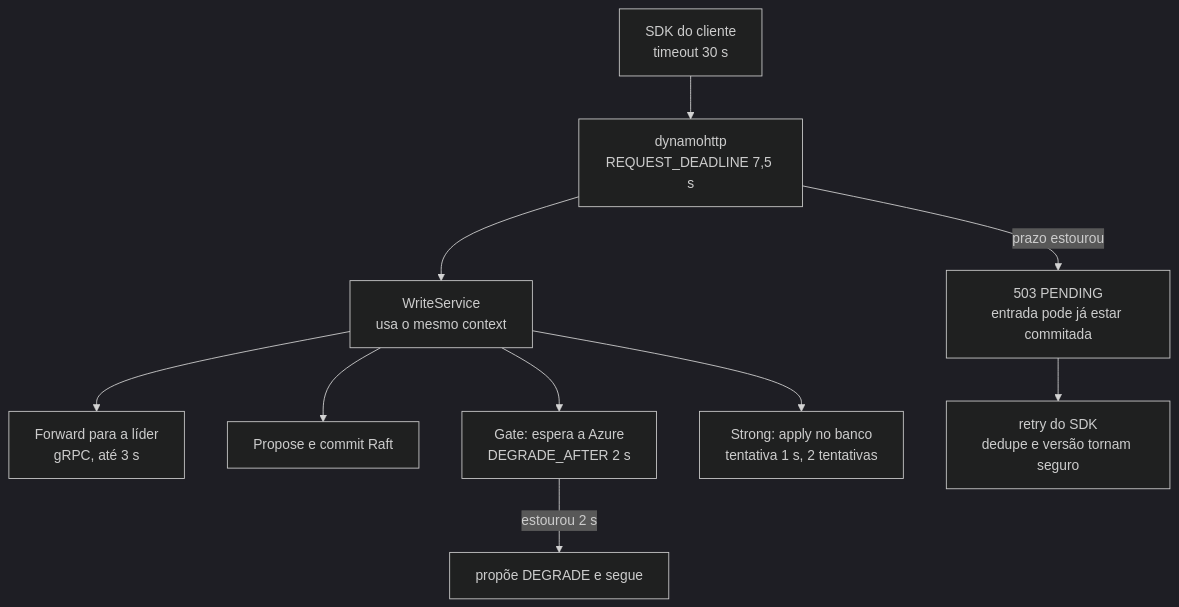
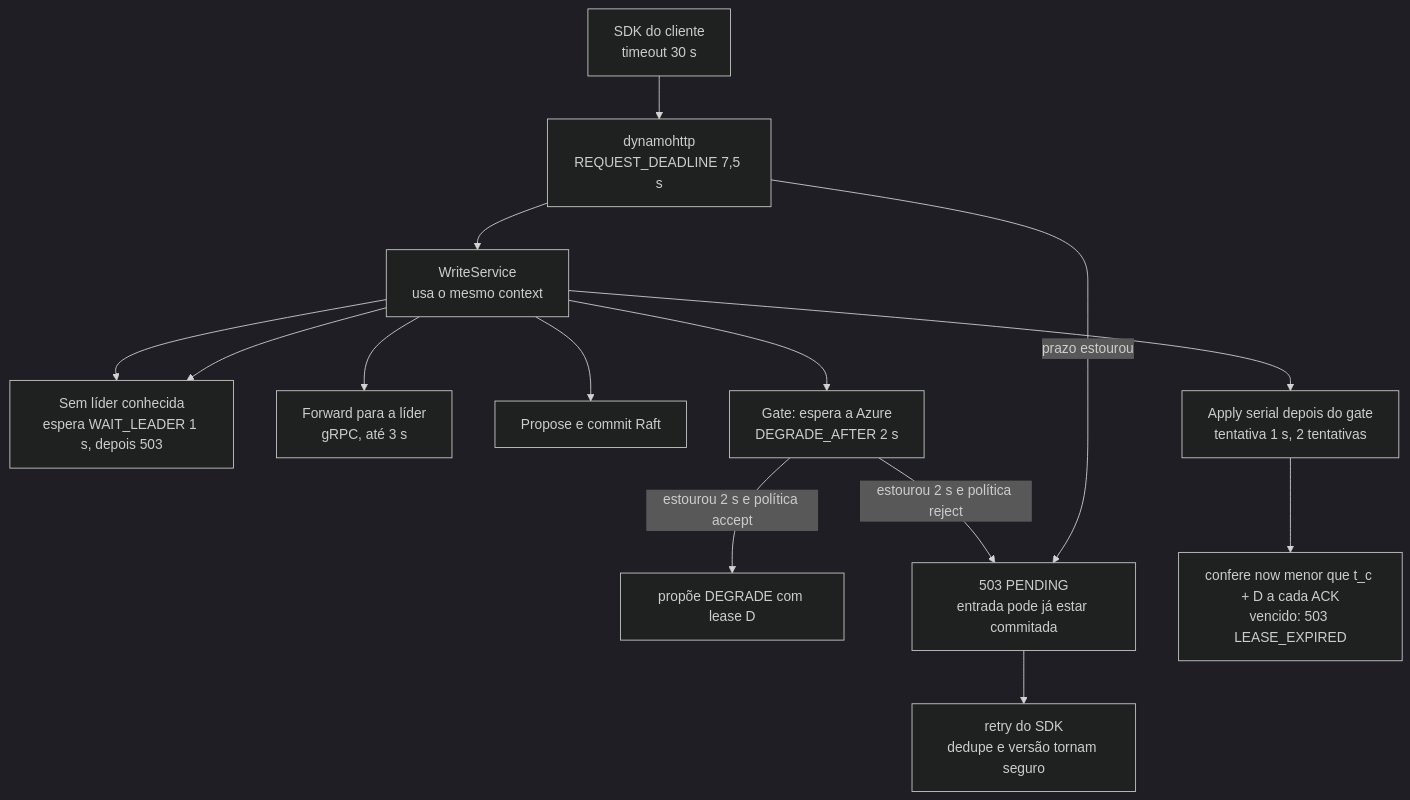
The diagram in 05_implementacao/03_exemplos_de_codigo.md (brbarmex/k), drawn with Mermaid (dark theme) before and after one commit. The commit also changed other lines of this file and 139 other files, not shown here.

````diff
--- a/05_implementacao/03_exemplos_de_codigo.md
+++ b/05_implementacao/03_exemplos_de_codigo.md
@@ -518,12 +1403,16 @@
 ```mermaid
 flowchart TD
     SDK["SDK do cliente<br/>timeout 30 s"] --> API["dynamohttp<br/>REQUEST_DEADLINE 7,5 s"]
     API --> UC["WriteService<br/>usa o mesmo context"]
+    UC --> WL["Sem líder conhecida<br/>espera WAIT_LEADER 1 s, depois 503"]
+    UC --> WL["Sem líder conhecida<br/>espera WAIT_LEADER 1 s, depois 503"]
     UC --> FWD["Forward para a líder<br/>gRPC, até 3 s"]
     UC --> RAFT["Propose e commit Raft"]
     UC --> GATE["Gate: espera a Azure<br/>DEGRADE_AFTER 2 s"]
-    GATE -->|"estourou 2 s"| DEG["propõe DEGRADE e segue"]
-    UC --> APPLY["Strong: apply no banco<br/>tentativa 1 s, 2 tentativas"]
+    GATE -->|"estourou 2 s e política accept"| DEG["propõe DEGRADE com lease D"]
+    GATE -->|"estourou 2 s e política reject"| PEND
+    UC --> APPLY["Apply serial depois do gate<br/>tentativa 1 s, 2 tentativas"]
+    APPLY --> LEASE["confere now menor que t_c + D a cada ACK<br/>vencido: 503 LEASE_EXPIRED"]
     API -->|"prazo estourou"| PEND["503 PENDING<br/>entrada pode já estar commitada"]
     PEND --> RETRY["retry do SDK<br/>dedupe e versão tornam seguro"]
 ```
````
